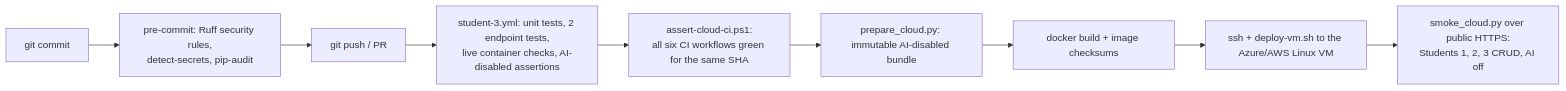
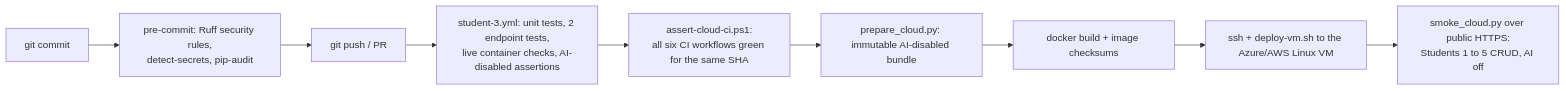
One commit to LucLeMoenic/Advanced-Software-Development-Project changed the sixth of 14 diagrams in student-3/docs/architecture.md. Above: the diagram before and after it, drawn with Mermaid. The commit also changed 18 other files, not shown here.

````diff
--- a/student-3/docs/architecture.md
+++ b/student-3/docs/architecture.md
@@ -191,11 +191,11 @@
 ```mermaid
 flowchart LR
     Commit[git commit] --> Pre[pre-commit: Ruff security rules,<br/>detect-secrets, pip-audit]
     Pre --> Push[git push / PR]
     Push --> CI[student-3.yml: unit tests, 2 endpoint tests,<br/>live container checks, AI-disabled assertions]
     CI --> Gate[assert-cloud-ci.ps1:<br/>all six CI workflows green for the same SHA]
     Gate --> Bundle[prepare_cloud.py: immutable AI-disabled bundle]
     Bundle --> Build[docker build + image checksums]
     Build --> Deploy[ssh + deploy-vm.sh to the Azure/AWS Linux VM]
-    Deploy --> Smoke[smoke_cloud.py over public HTTPS:<br/>Students 1, 2, 3 CRUD, AI off]
+    Deploy --> Smoke[smoke_cloud.py over public HTTPS:<br/>Students 1 to 5 CRUD, AI off]
 ```
````
